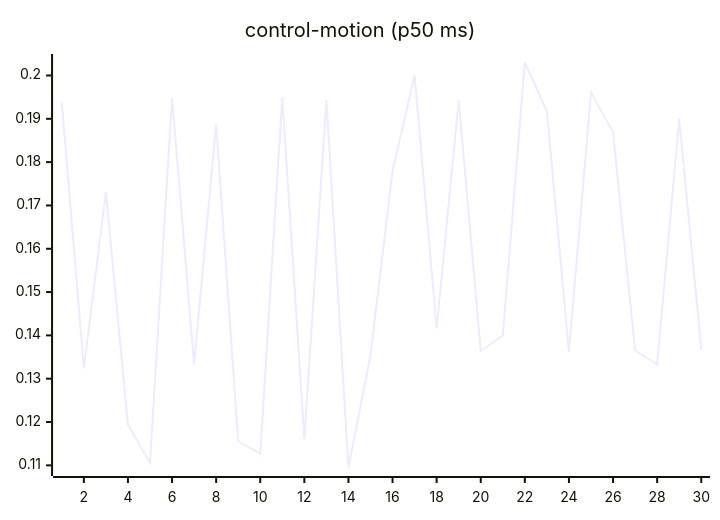
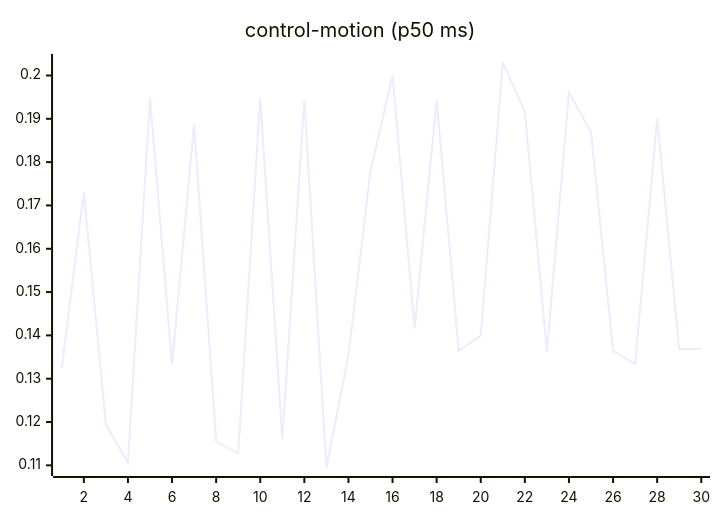
One commit to josha/Facet changed the seventh of 27 diagrams in README.md. Above: the diagram before and after it, drawn with Mermaid. The commit also changed other lines of this file and 2 other files, not shown here.

````diff
--- a/README.md
+++ b/README.md
@@ -105,6 +105,6 @@
 ```mermaid
 xychart-beta
     title "control-motion (p50 ms)"
     x-axis 1 --> 30
-    line [0.1938, 0.1324, 0.1730, 0.1194, 0.1106, 0.1948, 0.1333, 0.1887, 0.1155, 0.1127, 0.1950, 0.1160, 0.1943, 0.1095, 0.1354, 0.1780, 0.2000, 0.1416, 0.1943, 0.1364, 0.1400, 0.2030, 0.1917, 0.1362, 0.1961, 0.1869, 0.1365, 0.1333, 0.1900, 0.1368]
+    line [0.1324, 0.1730, 0.1194, 0.1106, 0.1948, 0.1333, 0.1887, 0.1155, 0.1127, 0.1950, 0.1160, 0.1943, 0.1095, 0.1354, 0.1780, 0.2000, 0.1416, 0.1943, 0.1364, 0.1400, 0.2030, 0.1917, 0.1362, 0.1961, 0.1869, 0.1365, 0.1333, 0.1900, 0.1368, 0.1369]
 ```
````
